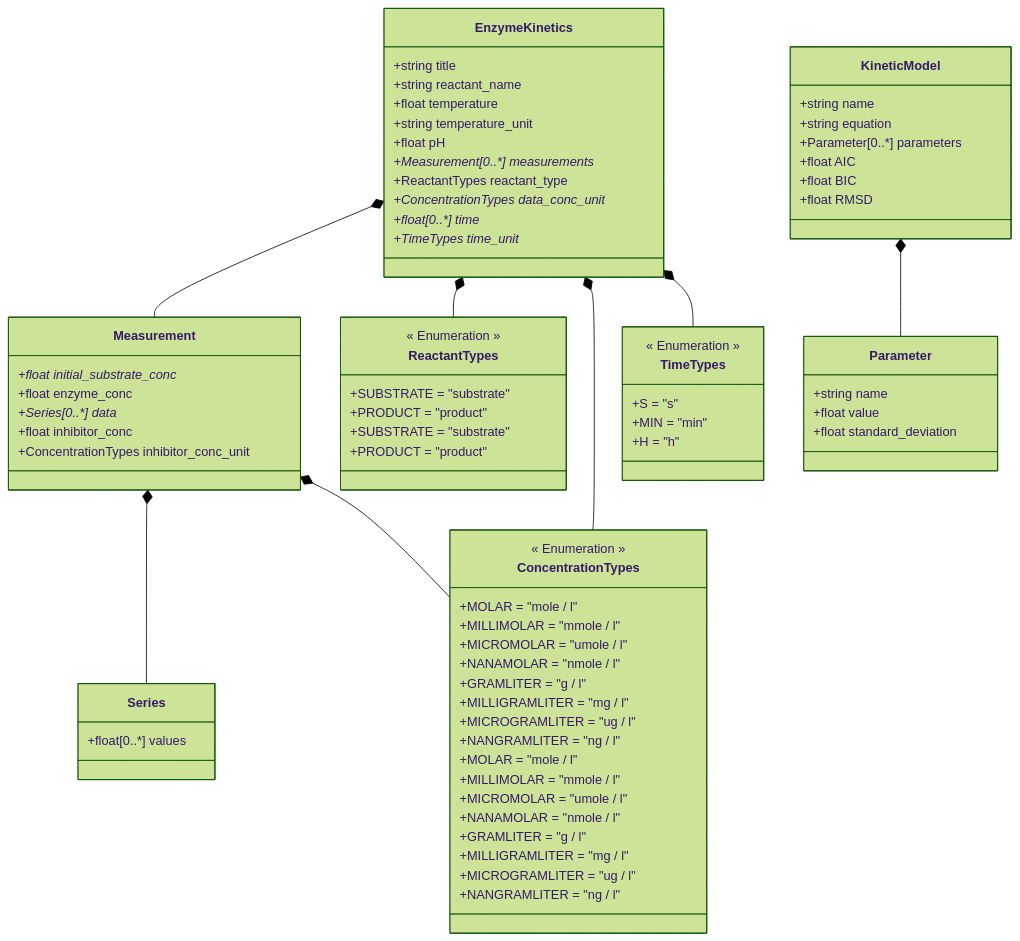
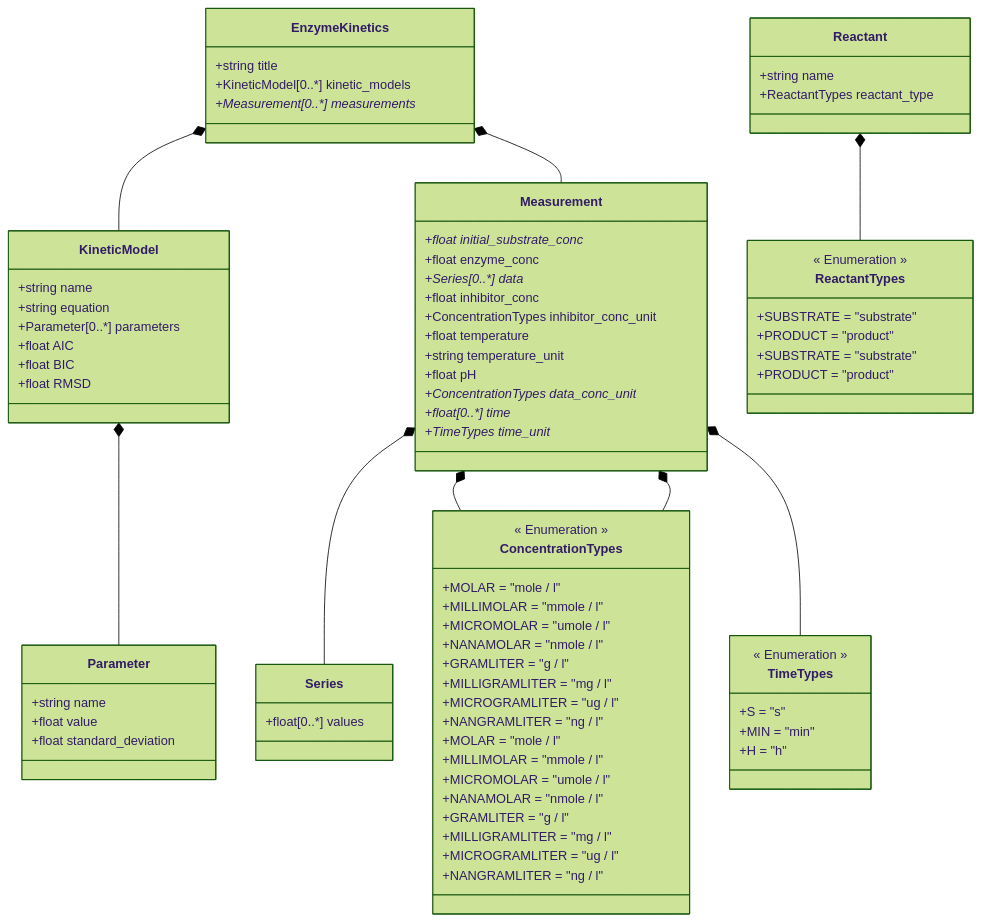
One commit to FAIRChemistry/EnzymePynetics changed the diagram in EnzymePynetics/schemes/Enzyme kinetics data model.md. Above: the diagram before and after it, drawn with Mermaid (forest theme). The commit also changed 7 other files, not shown here.

````diff
--- a/EnzymePynetics/schemes/Enzyme kinetics data model.md
+++ b/EnzymePynetics/schemes/Enzyme kinetics data model.md
@@ -1,24 +1,23 @@
 ```mermaid
 classDiagram
+    EnzymeKinetics *-- KineticModel
     EnzymeKinetics *-- Measurement
-    EnzymeKinetics *-- ReactantTypes
-    EnzymeKinetics *-- ConcentrationTypes
-    EnzymeKinetics *-- TimeTypes
+    Reactant *-- ReactantTypes
     Measurement *-- Series
     Measurement *-- ConcentrationTypes
+    Measurement *-- ConcentrationTypes
+    Measurement *-- TimeTypes
     KineticModel *-- Parameter
     
     class EnzymeKinetics {
         +string title
-        +string reactant_name
-        +float temperature
-        +string temperature_unit
-        +float pH
+        +KineticModel[0..*] kinetic_models
         +Measurement[0..*] measurements*
+    }
+    
+    class Reactant {
+        +string name
         +ReactantTypes reactant_type
-        +ConcentrationTypes data_conc_unit*
-        +float[0..*] time*
-        +TimeTypes time_unit*
     }
     
     class Measurement {
@@ -27,6 +26,12 @@
         +Series[0..*] data*
         +float inhibitor_conc
         +ConcentrationTypes inhibitor_conc_unit
+        +float temperature
+        +string temperature_unit
+        +float pH
+        +ConcentrationTypes data_conc_unit*
+        +float[0..*] time*
+        +TimeTypes time_unit*
     }
     
     class KineticModel {
````
